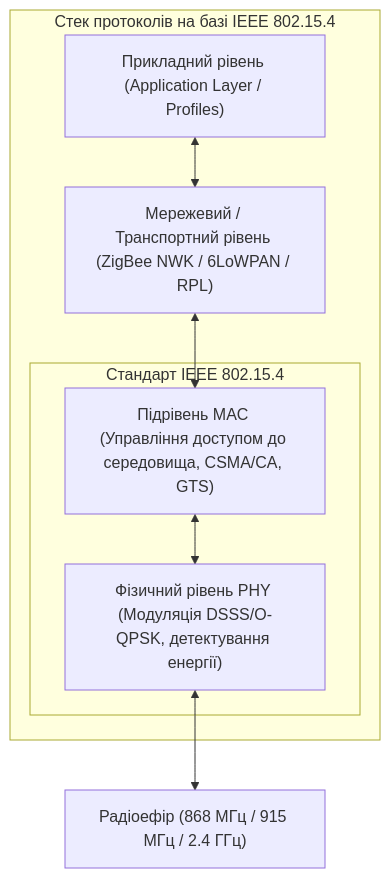
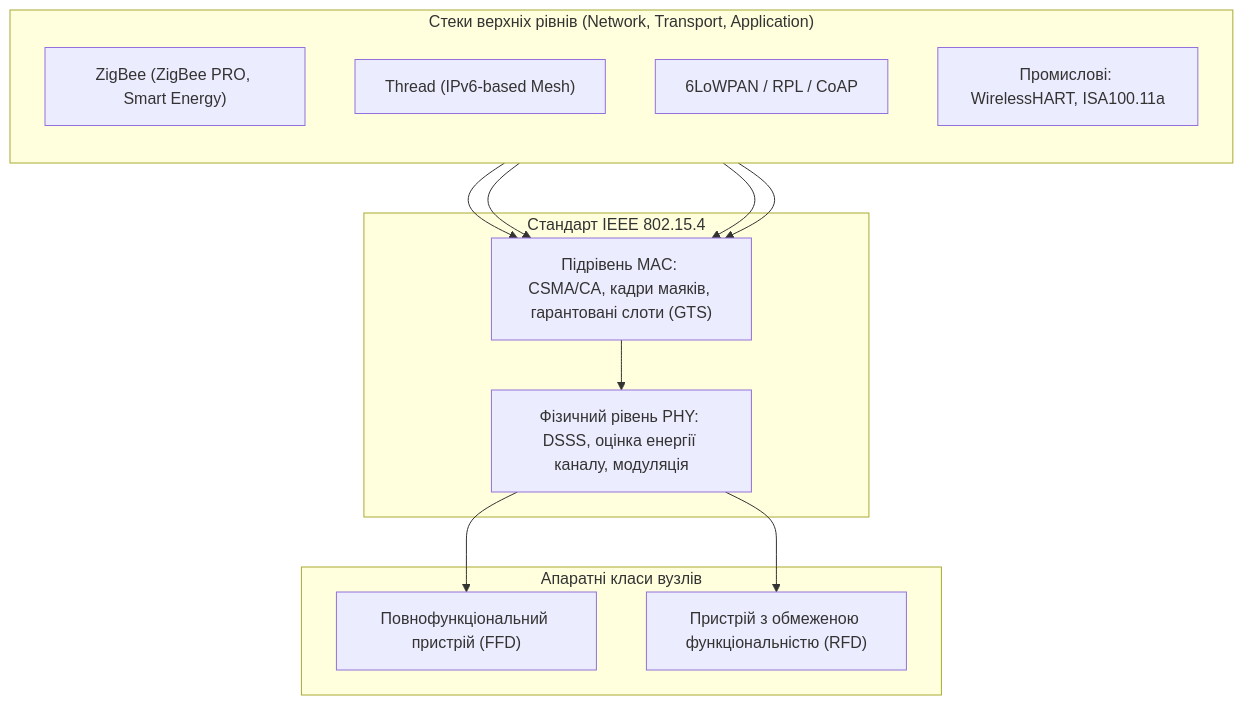
The first of 4 diagrams in docs/lk/lk2.md (KyryloVadurin/iot-technologies), drawn with Mermaid before and after one commit. The commit also changed other lines of this file, not shown here.

````diff
--- a/docs/lk/lk2.md
+++ b/docs/lk/lk2.md
@@ -13,17 +46,29 @@
 ```mermaid
 flowchart TD
-    subgraph OSI_Layers["Стек протоколів на базі IEEE 802.15.4"]
-        APP["Прикладний рівень (Application Layer / Profiles)"]
-        NET["Мережевий / Транспортний рівень (ZigBee NWK / 6LoWPAN / RPL)"]
-        
-        subgraph IEEE_802_15_4["Стандарт IEEE 802.15.4"]
-            MAC["Підрівень MAC (Управління доступом до середовища, CSMA/CA, GTS)"]
-            PHY["Фізичний рівень PHY (Модуляція DSSS/O-QPSK, детектування енергії)"]
-        end
+    subgraph Stacks["Стеки верхніх рівнів (Network, Transport, Application)"]
+        direction TB
+        ZIG["ZigBee (ZigBee PRO, Smart Energy)"]
+        THR["Thread (IPv6-based Mesh)"]
+        SIX["6LoWPAN / RPL / CoAP"]
+        IND["Промислові: WirelessHART, ISA100.11a"]
     end
 
-    APP <--> NET
-    NET <--> MAC
-    MAC <--> PHY
-    PHY <--> RF["Радіоефір (868 МГц / 915 МГц / 2.4 ГГц)"]
+    subgraph IEEE_Standard["Стандарт IEEE 802.15.4"]
+        MAC_Layer["Підрівень MAC: CSMA/CA, кадри маяків, гарантовані слоти (GTS)"]
+        PHY_Layer["Фізичний рівень PHY: DSSS, оцінка енергії каналу, модуляція"]
+    end
+
+    subgraph Hardware_Roles["Апаратні класи вузлів"]
+        FFD["Повнофункціональний пристрій (FFD)"]
+        RFD["Пристрій з обмеженою функціональністю (RFD)"]
+    end
+
+    ZIG --> MAC_Layer
+    THR --> MAC_Layer
+    SIX --> MAC_Layer
+    IND --> MAC_Layer
+
+    MAC_Layer --> PHY_Layer
+    PHY_Layer --> FFD
+    PHY_Layer --> RFD
 ```
````
